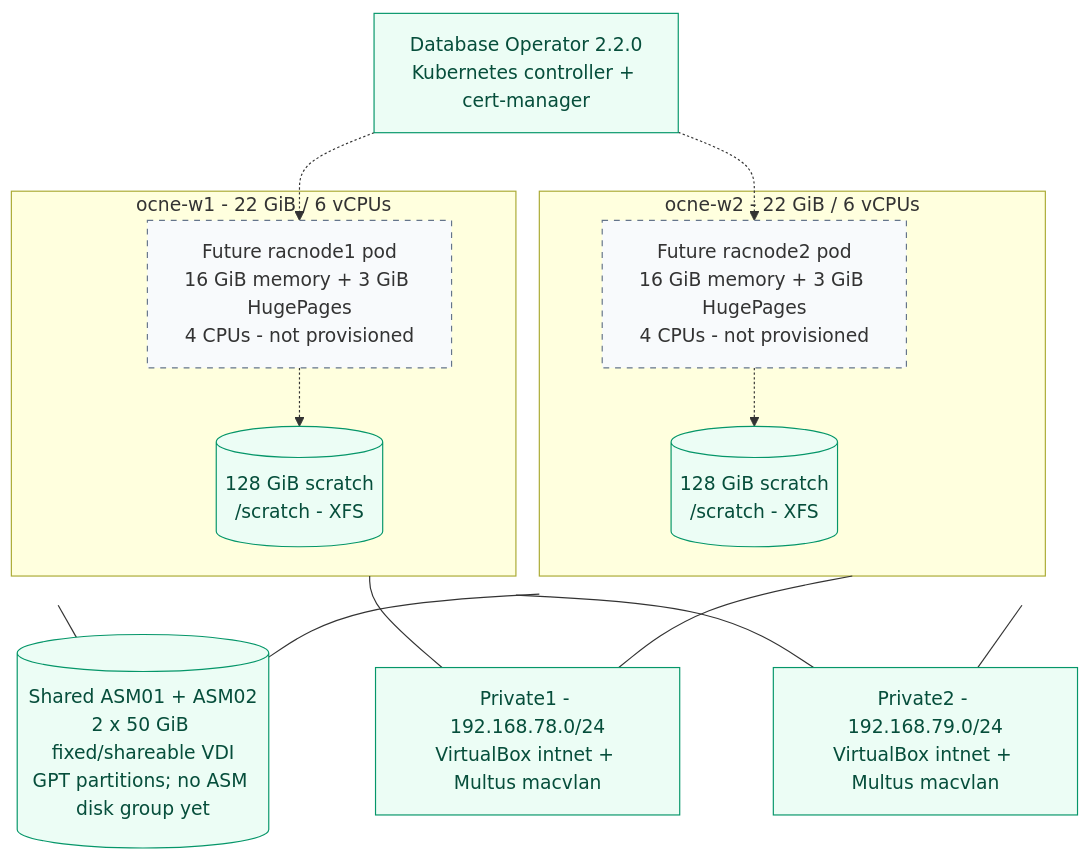
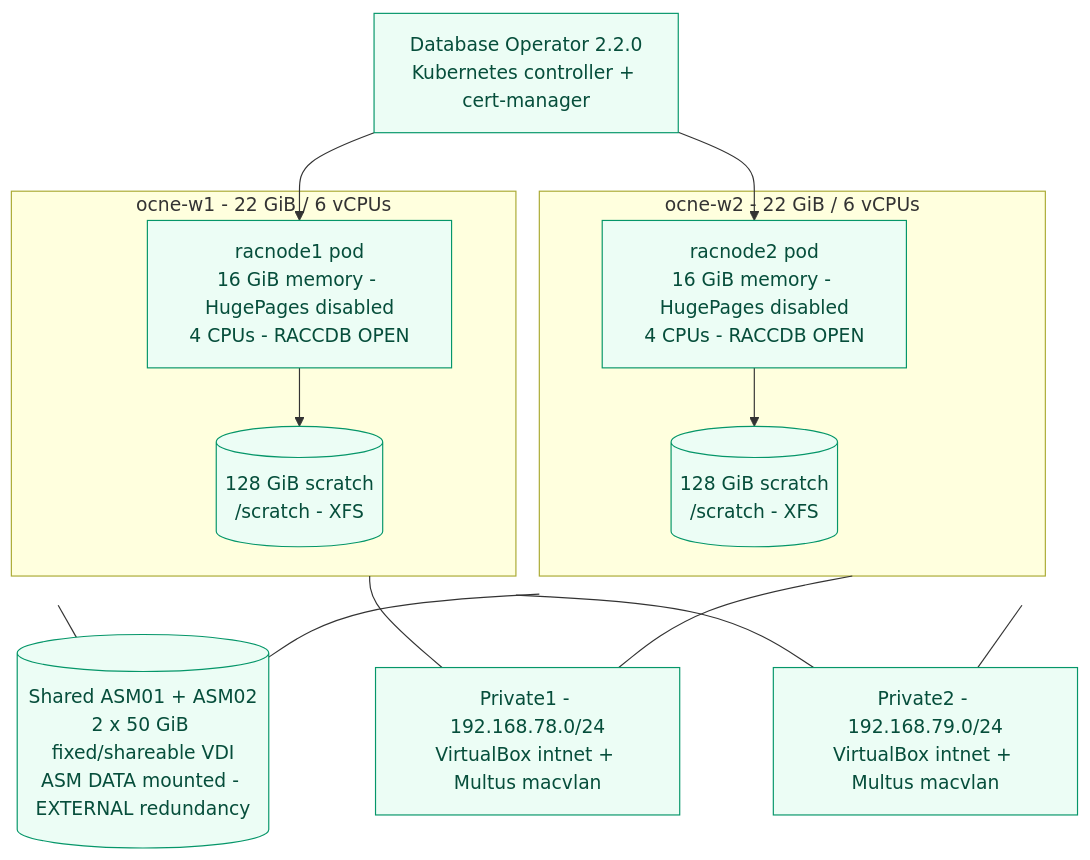
The fourth of 4 diagrams in docs/ARCHITECTURE.md (roopla/ocne-lab-codex), drawn with Mermaid before and after one commit. The commit also changed other lines of this file and 85 other files, not shown here.

````diff
--- a/docs/ARCHITECTURE.md
+++ b/docs/ARCHITECTURE.md
@@ -148,29 +148,29 @@
 ```mermaid
 flowchart TB
     OPERATOR["Database Operator 2.2.0<br/>Kubernetes controller + cert-manager"]
     subgraph WORKER1["ocne-w1 - 22 GiB / 6 vCPUs"]
         S1[("128 GiB scratch<br/>/scratch - XFS")]
-        P1["Future racnode1 pod<br/>16 GiB memory + 3 GiB HugePages<br/>4 CPUs - not provisioned"]
+        P1["racnode1 pod<br/>16 GiB memory - HugePages disabled<br/>4 CPUs - RACCDB OPEN"]
     end
     subgraph WORKER2["ocne-w2 - 22 GiB / 6 vCPUs"]
         S2[("128 GiB scratch<br/>/scratch - XFS")]
-        P2["Future racnode2 pod<br/>16 GiB memory + 3 GiB HugePages<br/>4 CPUs - not provisioned"]
+        P2["racnode2 pod<br/>16 GiB memory - HugePages disabled<br/>4 CPUs - RACCDB OPEN"]
     end
-    ASM[("Shared ASM01 + ASM02<br/>2 x 50 GiB fixed/shareable VDI<br/>GPT partitions; no ASM disk group yet")]
+    ASM[("Shared ASM01 + ASM02<br/>2 x 50 GiB fixed/shareable VDI<br/>ASM DATA mounted - EXTERNAL redundancy")]
     N1["Private1 - 192.168.78.0/24<br/>VirtualBox intnet + Multus macvlan"]
     N2["Private2 - 192.168.79.0/24<br/>VirtualBox intnet + Multus macvlan"]
-    OPERATOR -.-> P1
-    OPERATOR -.-> P2
-    P1 -.-> S1
-    P2 -.-> S2
+    OPERATOR --> P1
+    OPERATOR --> P2
+    P1 --> S1
+    P2 --> S2
     WORKER1 --- ASM
     WORKER2 --- ASM
     WORKER1 --- N1
     WORKER2 --- N1
     WORKER1 --- N2
     WORKER2 --- N2
     classDef future fill:#f8fafc,stroke:#64748b,stroke-dasharray:5 5
     classDef installed fill:#ecfdf5,stroke:#059669,color:#064e3b
-    class P1,P2 future
+    class P1,P2 installed
     class S1,S2,ASM,N1,N2,OPERATOR installed
 ```
````
